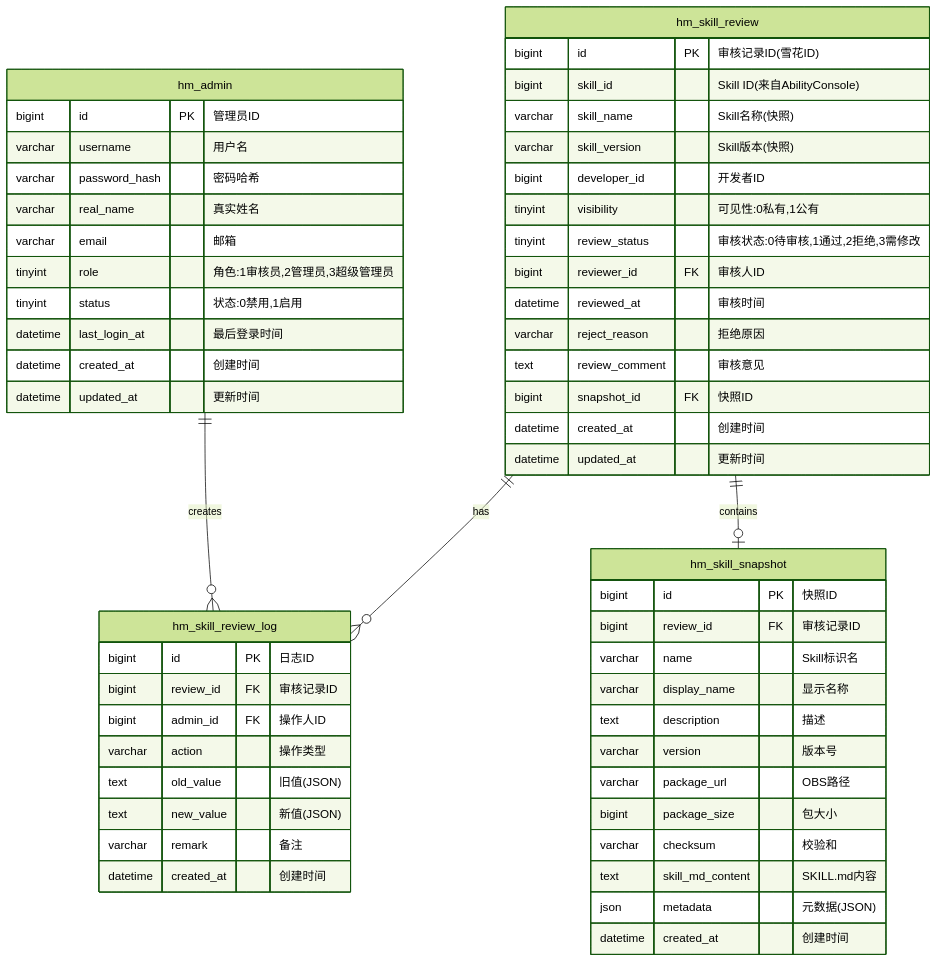
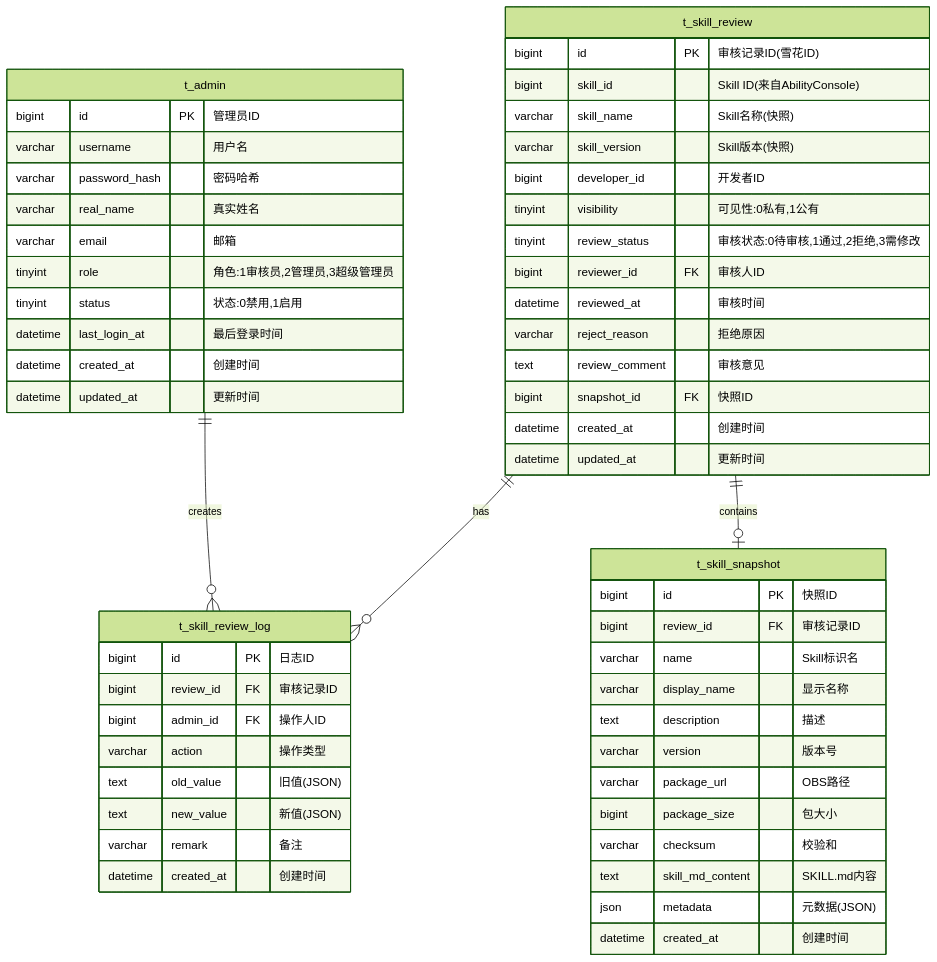
One commit to jinyule/xiaoyi-skill-mgmt changed diagram 19 of 33 in architecture-design.md. Above: the diagram before and after it, drawn with Mermaid (forest theme). The commit also changed other lines of this file and 2 other files, not shown here.

````diff
--- a/architecture-design.md
+++ b/architecture-design.md
@@ -753,62 +753,62 @@
 ```mermaid
 erDiagram
-    hm_skill_review ||--o{ hm_skill_review_log : has
-    hm_skill_review ||--o| hm_skill_snapshot : contains
-    hm_admin ||--o{ hm_skill_review_log : creates
+    t_skill_review ||--o{ t_skill_review_log : has
+    t_skill_review ||--o| t_skill_snapshot : contains
+    t_admin ||--o{ t_skill_review_log : creates
 
-    hm_skill_review {
+    t_skill_review {
         bigint id PK "审核记录ID(雪花ID)"
         bigint skill_id "Skill ID(来自AbilityConsole)"
         varchar skill_name "Skill名称(快照)"
         varchar skill_version "Skill版本(快照)"
         bigint developer_id "开发者ID"
         tinyint visibility "可见性:0私有,1公有"
         tinyint review_status "审核状态:0待审核,1通过,2拒绝,3需修改"
         bigint reviewer_id FK "审核人ID"
         datetime reviewed_at "审核时间"
         varchar reject_reason "拒绝原因"
         text review_comment "审核意见"
         bigint snapshot_id FK "快照ID"
         datetime created_at "创建时间"
         datetime updated_at "更新时间"
     }
 
-    hm_skill_review_log {
+    t_skill_review_log {
         bigint id PK "日志ID"
         bigint review_id FK "审核记录ID"
         bigint admin_id FK "操作人ID"
         varchar action "操作类型"
         text old_value "旧值(JSON)"
         text new_value "新值(JSON)"
         varchar remark "备注"
         datetime created_at "创建时间"
     }
 
-    hm_skill_snapshot {
+    t_skill_snapshot {
         bigint id PK "快照ID"
         bigint review_id FK "审核记录ID"
         varchar name "Skill标识名"
         varchar display_name "显示名称"
         text description "描述"
         varchar version "版本号"
         varchar package_url "OBS路径"
         bigint package_size "包大小"
         varchar checksum "校验和"
         text skill_md_content "SKILL.md内容"
         json metadata "元数据(JSON)"
         datetime created_at "创建时间"
     }
 
-    hm_admin {
+    t_admin {
         bigint id PK "管理员ID"
         varchar username "用户名"
         varchar password_hash "密码哈希"
         varchar real_name "真实姓名"
         varchar email "邮箱"
         tinyint role "角色:1审核员,2管理员,3超级管理员"
         tinyint status "状态:0禁用,1启用"
         datetime last_login_at "最后登录时间"
         datetime created_at "创建时间"
         datetime updated_at "更新时间"
     }
 ```
````
